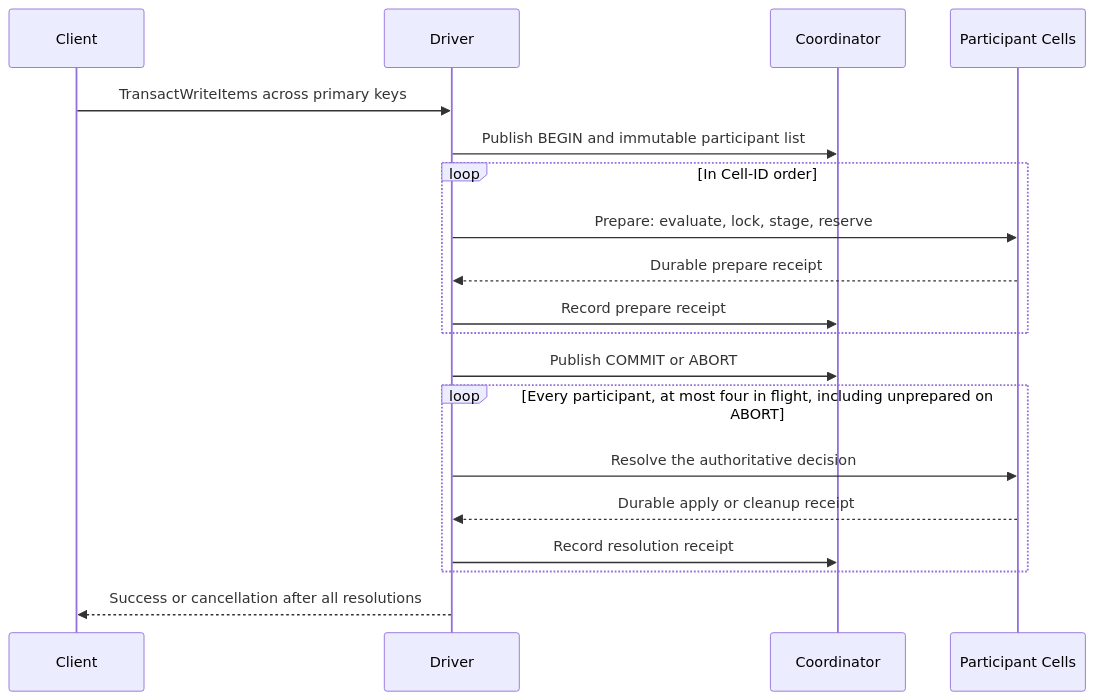
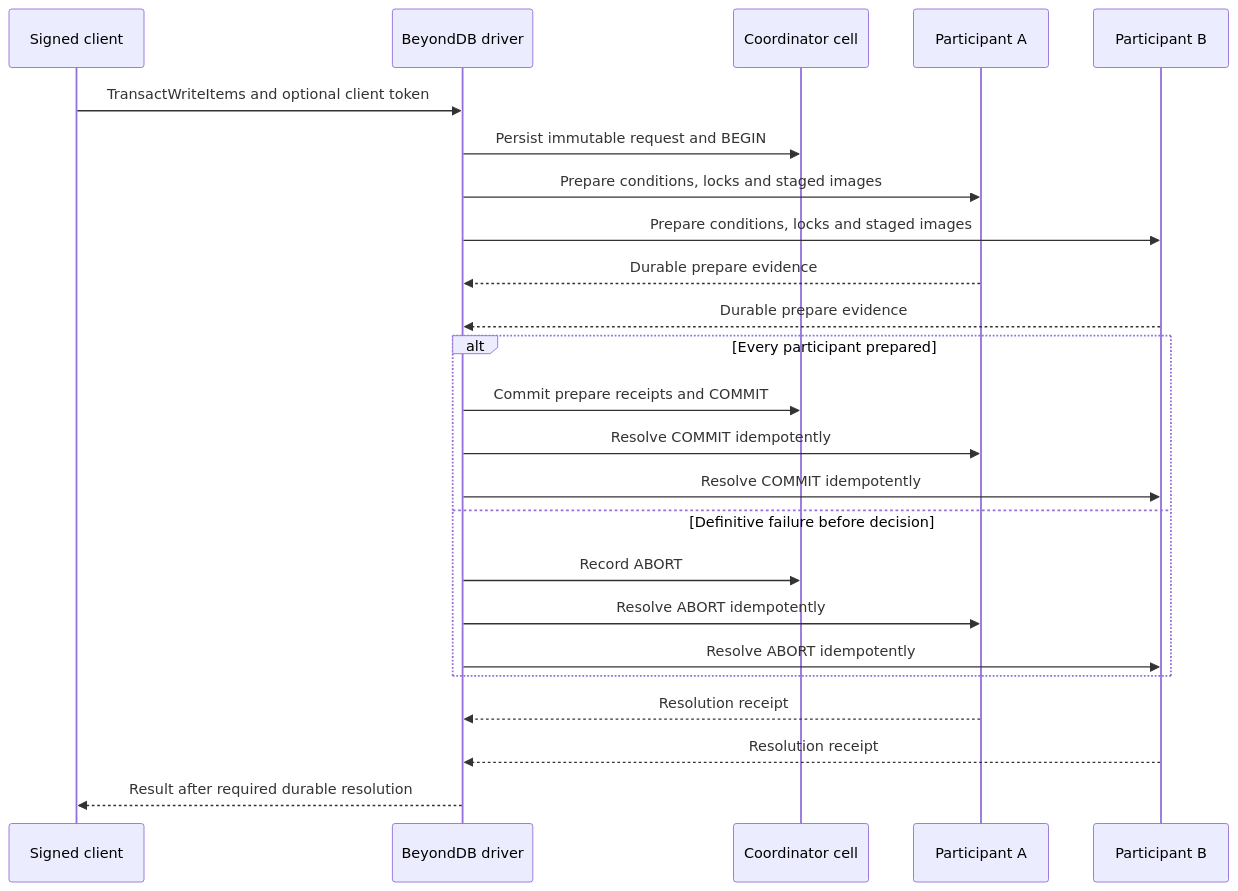
Before and after one commit to crabbuild/beyonddb: the diagram in docs/cross-cell-transactions.md, drawn with Mermaid. The commit also changed other lines of this file and 31 other files, not shown here.

````diff
--- a/docs/cross-cell-transactions.md
+++ b/docs/cross-cell-transactions.md
@@ -674,21 +9,26 @@
 ```mermaid
 sequenceDiagram
-    participant Client
-    participant Driver
-    participant Coordinator
-    participant Cells as Participant Cells
-    Client->>Driver: TransactWriteItems across primary keys
-    Driver->>Coordinator: Publish BEGIN and immutable participant list
-    loop In Cell-ID order
-        Driver->>Cells: Prepare: evaluate, lock, stage, reserve
-        Cells-->>Driver: Durable prepare receipt
-        Driver->>Coordinator: Record prepare receipt
+    participant SDK as Signed client
+    participant Driver as BeyondDB driver
+    participant Coord as Coordinator cell
+    participant A as Participant A
+    participant B as Participant B
+    SDK->>Driver: TransactWriteItems and optional client token
+    Driver->>Coord: Persist immutable request and BEGIN
+    Driver->>A: Prepare conditions, locks and staged images
+    Driver->>B: Prepare conditions, locks and staged images
+    A-->>Driver: Durable prepare evidence
+    B-->>Driver: Durable prepare evidence
+    alt Every participant prepared
+        Driver->>Coord: Commit prepare receipts and COMMIT
+        Driver->>A: Resolve COMMIT idempotently
+        Driver->>B: Resolve COMMIT idempotently
+    else Definitive failure before decision
+        Driver->>Coord: Record ABORT
+        Driver->>A: Resolve ABORT idempotently
+        Driver->>B: Resolve ABORT idempotently
     end
-    Driver->>Coordinator: Publish COMMIT or ABORT
-    loop Every participant, at most four in flight, including unprepared on ABORT
-        Driver->>Cells: Resolve the authoritative decision
-        Cells-->>Driver: Durable apply or cleanup receipt
-        Driver->>Coordinator: Record resolution receipt
-    end
-    Driver-->>Client: Success or cancellation after all resolutions
+    A-->>Driver: Resolution receipt
+    B-->>Driver: Resolution receipt
+    Driver-->>SDK: Result after required durable resolution
 ```
````
